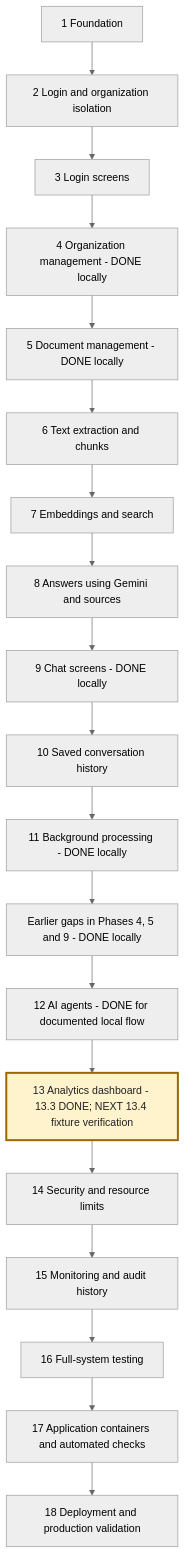
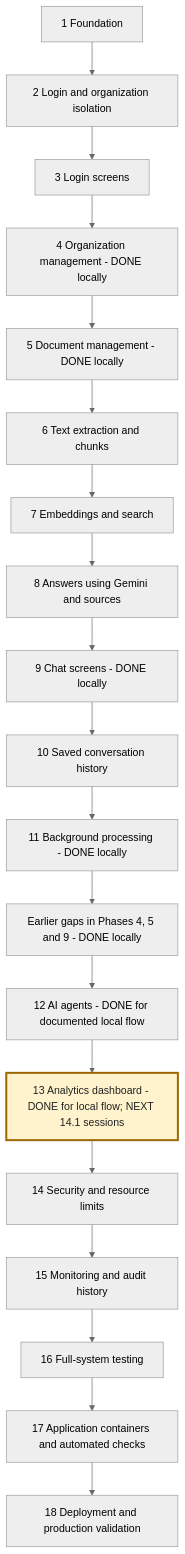
Before and after one commit to msdian0007/nexaAi: the second of 5 diagrams in NEXAAI_ROADMAP.md, drawn with Mermaid (neutral theme). The commit also changed other lines of this file and 4 other files, not shown here.

````diff
--- a/NEXAAI_ROADMAP.md
+++ b/NEXAAI_ROADMAP.md
@@ -191,22 +191,22 @@
 ```mermaid
 flowchart TD
     A[1 Foundation] --> B[2 Login and organization isolation]
     B --> C[3 Login screens]
     C --> D[4 Organization management - DONE locally]
     D --> E[5 Document management - DONE locally]
     E --> F[6 Text extraction and chunks]
     F --> G[7 Embeddings and search]
     G --> H[8 Answers using Gemini and sources]
     H --> I[9 Chat screens - DONE locally]
     I --> J[10 Saved conversation history]
     J --> K[11 Background processing - DONE locally]
     K --> L[Earlier gaps in Phases 4, 5 and 9 - DONE locally]
     L --> M[12 AI agents - DONE for documented local flow]
-    M --> N[13 Analytics dashboard - 13.3 DONE; NEXT 13.4 fixture verification]
+    M --> N[13 Analytics dashboard - DONE for local flow; NEXT 14.1 sessions]
     N --> O[14 Security and resource limits]
     O --> P[15 Monitoring and audit history]
     P --> Q[16 Full-system testing]
     Q --> R[17 Application containers and automated checks]
     R --> S[18 Deployment and production validation]
     style N fill:#fff3cd,stroke:#9a6700,stroke-width:3px,color:#222
 ```
````
